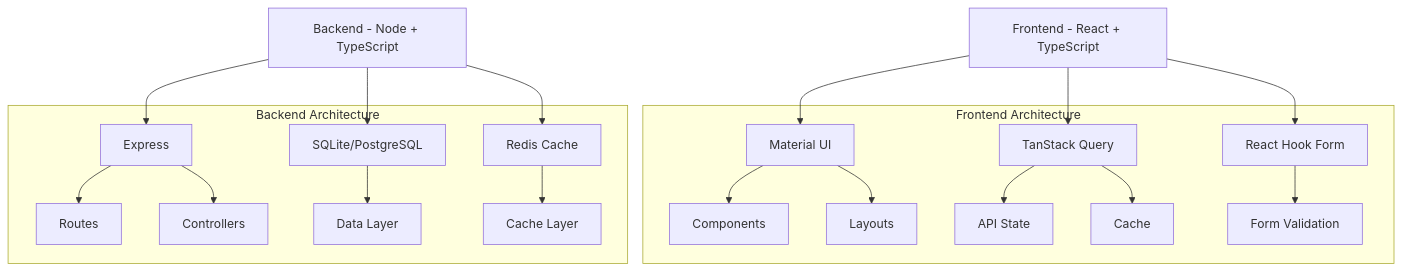
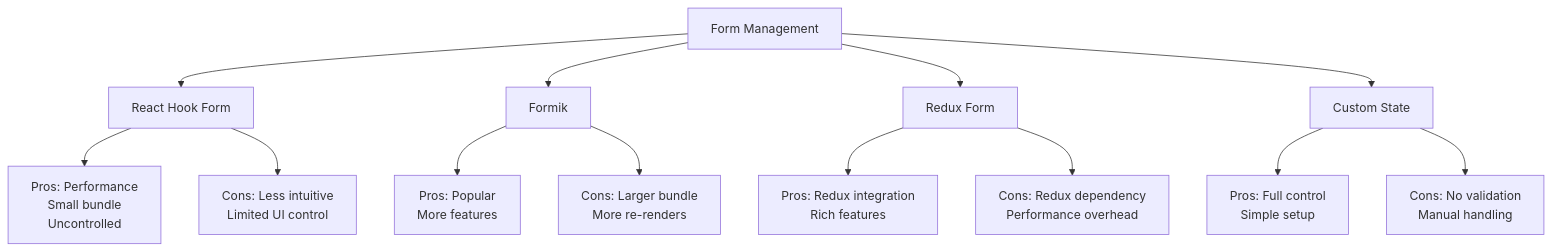
Before and after one commit to dharmik-valani/url-shortener: the second of 4 diagrams in EXPLANATION.md, drawn with Mermaid. The commit also changed other lines of this file and 1 other file, not shown here.

````diff
--- a/EXPLANATION.md
+++ b/EXPLANATION.md
@@ -5,25 +65,19 @@
 ```mermaid
 graph TD
-    A[Frontend - React + TypeScript] --> B[Material UI]
-    A --> C[TanStack Query]
-    A --> D[React Hook Form]
+    A[Form Management] --> B[React Hook Form]
+    A --> C[Formik]
+    A --> D[Redux Form]
+    A --> E[Custom State]
     
-    E[Backend - Node + TypeScript] --> F[Express]
-    E --> G[SQLite/PostgreSQL]
-    E --> H[Redis Cache]
+    B --> B1[Pros: Performance<br/>Small bundle<br/>Uncontrolled]
+    B --> B2[Cons: Less intuitive<br/>Limited UI control]
     
-    subgraph Frontend Architecture
-        B --> B1[Components]
-        B --> B2[Layouts]
-        C --> C1[API State]
-        C --> C2[Cache]
-        D --> D1[Form Validation]
-    end
+    C --> C1[Pros: Popular<br/>More features]
+    C --> C2[Cons: Larger bundle<br/>More re-renders]
     
-    subgraph Backend Architecture
-        F --> F1[Routes]
-        F --> F2[Controllers]
-        G --> G1[Data Layer]
-        H --> H1[Cache Layer]
-    end
+    D --> D1[Pros: Redux integration<br/>Rich features]
+    D --> D2[Cons: Redux dependency<br/>Performance overhead]
+    
+    E --> E1[Pros: Full control<br/>Simple setup]
+    E --> E2[Cons: No validation<br/>Manual handling]
 ```
````
